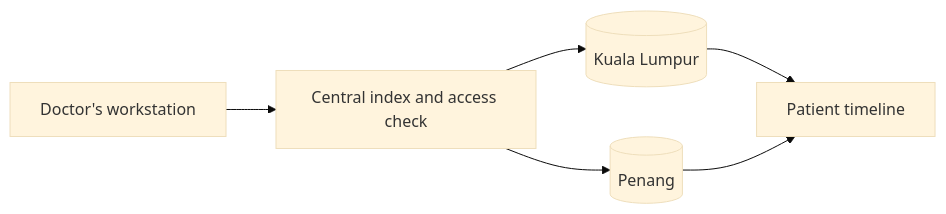
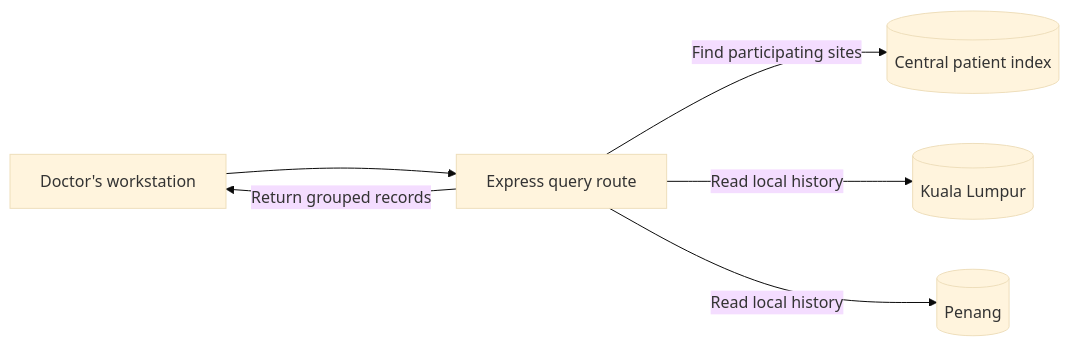
The diagram in README.md (218451LIJIAQI/National-Medical-Identity-Network), drawn with Mermaid (base theme) before and after one commit. The commit also changed other lines of this file, not shown here.

````diff
--- a/README.md
+++ b/README.md
@@ -11,8 +23,8 @@
 ```mermaid
 flowchart LR
-    Doctor["Doctor's workstation"] --> Hub["Central index and access check"]
-    Hub --> KL[("Kuala Lumpur")]
-    Hub --> PG[("Penang")]
-    KL --> Timeline["Patient timeline"]
-    PG --> Timeline
+    W["Doctor's workstation"] --> Q["Express query route"]
+    Q -->|Find participating sites| I[("Central patient index")]
+    Q -->|Read local history| K[("Kuala Lumpur")]
+    Q -->|Read local history| P[("Penang")]
+    Q -->|Return grouped records| W
 ```
````
